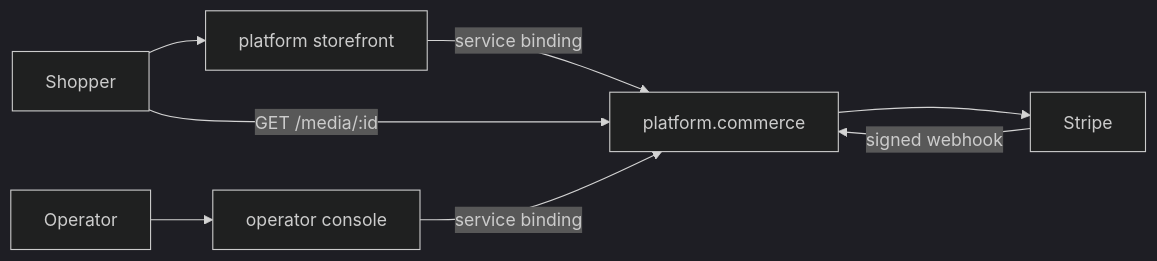
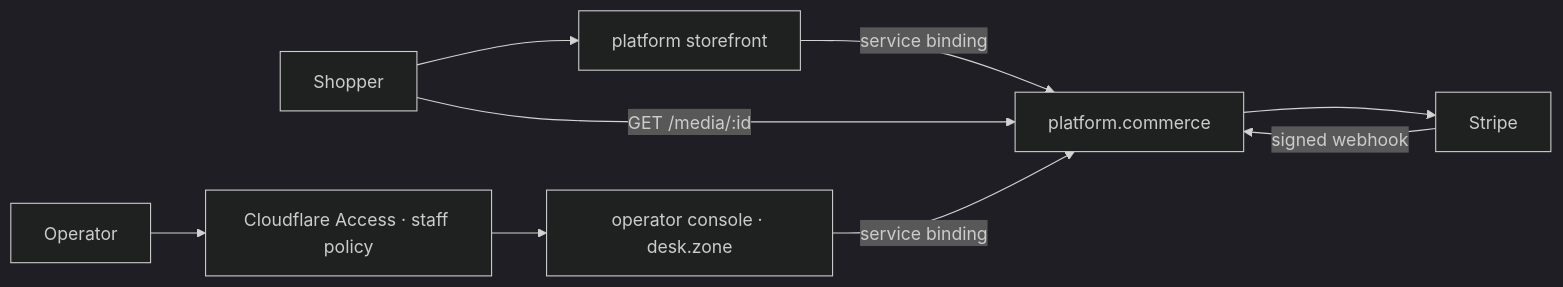
Before and after one commit to somewhatintelligent/somewhatintelligent: the first of 3 diagrams in apps/platform.commerce/README.md, drawn with Mermaid (dark theme). The commit also changed other lines of this file and 45 other files, not shown here.

````diff
--- a/apps/platform.commerce/README.md
+++ b/apps/platform.commerce/README.md
@@ -103,10 +174,11 @@
 ```mermaid
 graph LR
   Shopper --> Storefront[platform storefront]
-  Operator --> ConsoleUI[operator console]
+  Operator --> Access[Cloudflare Access · staff policy]
+  Access --> ConsoleUI["operator console · desk.zone"]
   Storefront -->|service binding| Commerce[platform.commerce]
   ConsoleUI -->|service binding| Commerce
   Shopper -->|GET /media/:id| Commerce
   Commerce --> Stripe
   Stripe -->|signed webhook| Commerce
 ```
````
